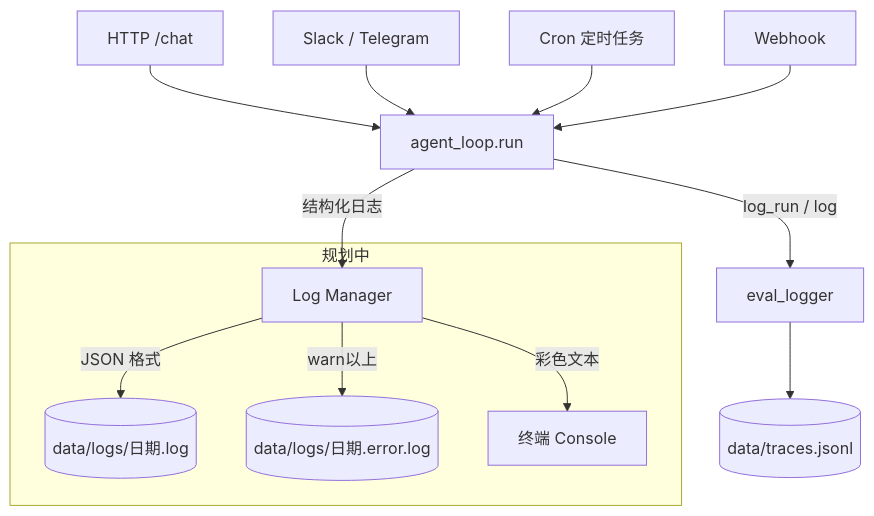
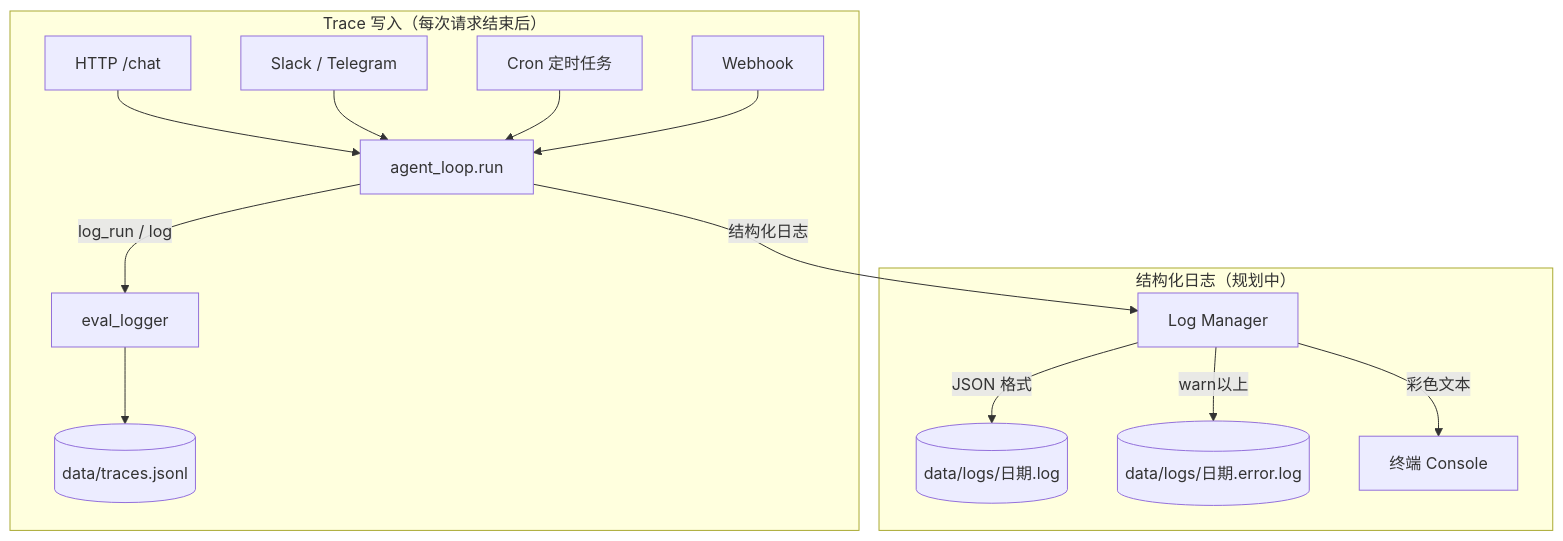
Before and after one commit to Summy2104/fleetent: the first of 2 diagrams in docs/capabilities/observability.md, drawn with Mermaid. The commit also changed other lines of this file and 1 other file, not shown here.

````diff
--- a/docs/capabilities/observability.md
+++ b/docs/capabilities/observability.md
@@ -19,22 +21,23 @@
 ```mermaid
 flowchart TD
-    A["HTTP /chat"] --> AL["agent_loop.run"]
-    B["Slack / Telegram"] --> AL
-    C["Cron 定时任务"] --> AL
-    D["Webhook"] --> AL
+    subgraph trace["Trace 写入（每次请求结束后）"]
+        A["HTTP /chat"] --> AL["agent_loop.run"]
+        B["Slack / Telegram"] --> AL
+        C["Cron 定时任务"] --> AL
+        D["Webhook"] --> AL
+        AL -->|"log_run / log"| EL["eval_logger"]
+        EL --> TJ[("data/traces.jsonl")]
+    end
 
-    AL -->|"log_run / log"| EL["eval_logger"]
-    EL --> TJ[("data/traces.jsonl")]
-
-    subgraph 规划中
+    subgraph log["结构化日志（规划中）"]
         LM["Log Manager"]
         LF[("data/logs/日期.log")]
         EF[("data/logs/日期.error.log")]
         CON["终端 Console"]
+        LM -->|JSON 格式| LF
+        LM -->|warn以上| EF
+        LM -->|彩色文本| CON
     end
 
     AL -->|结构化日志| LM
-    LM -->|JSON 格式| LF
-    LM -->|warn以上| EF
-    LM -->|彩色文本| CON
 ```
````
